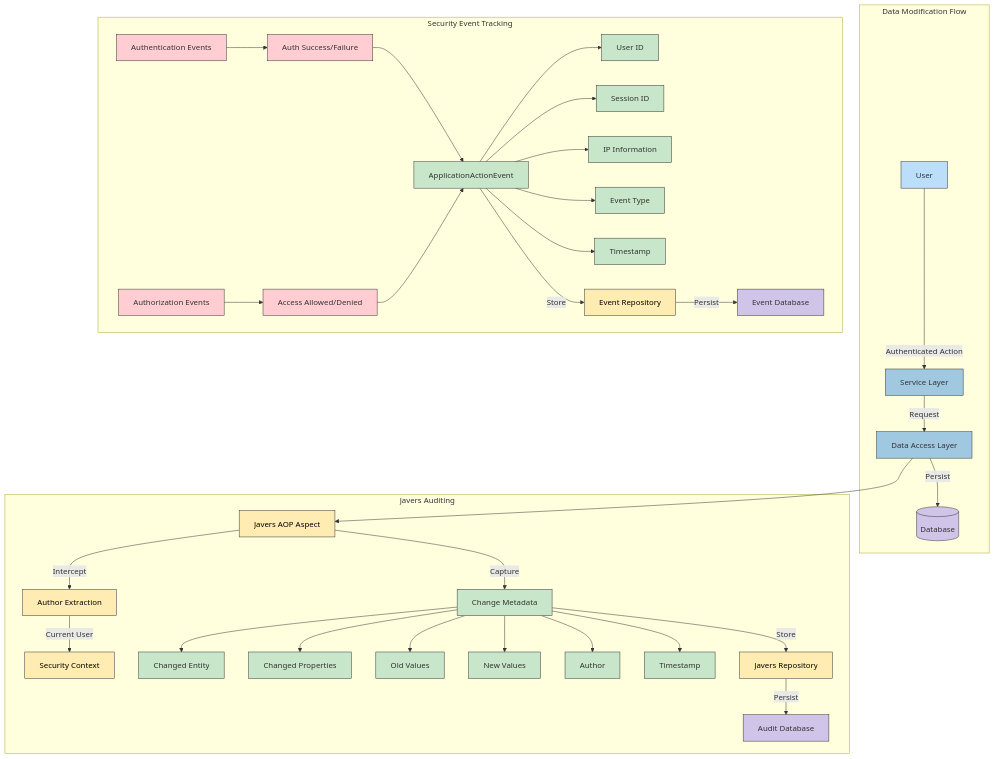
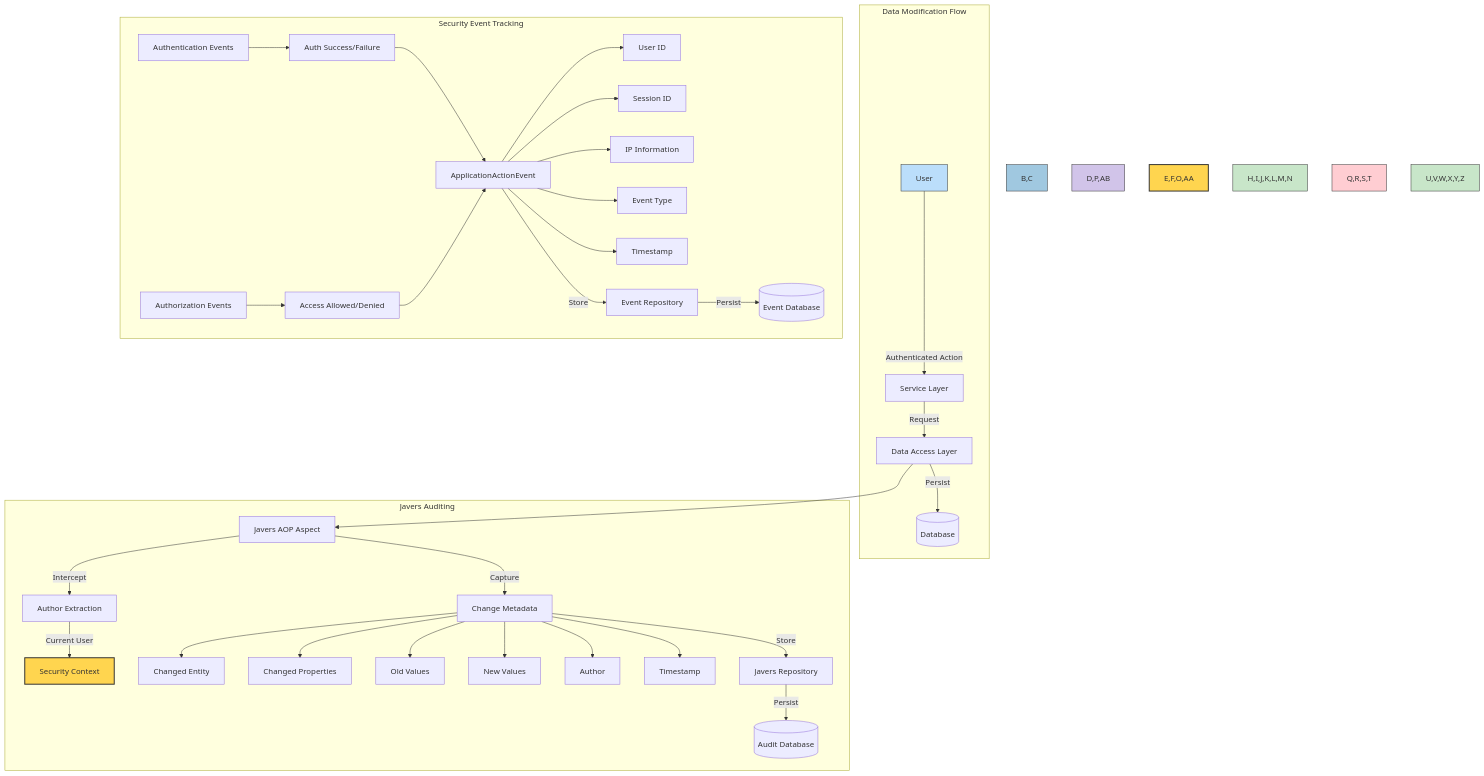
Before and after one commit to Hack23/cia: the second of 12 diagrams in SECURITY_ARCHITECTURE.md, drawn with Mermaid. The commit also changed other lines of this file, not shown here.

````diff
--- a/SECURITY_ARCHITECTURE.md
+++ b/SECURITY_ARCHITECTURE.md
@@ -94,54 +124,49 @@
 ```mermaid
 flowchart TD
-    classDef user fill:#bbdefb,stroke:#333,stroke-width:1px
-    classDef service fill:#a0c8e0,stroke:#333,stroke-width:1px
-    classDef database fill:#d1c4e9,stroke:#333,stroke-width:1px
-    classDef audit fill:#ffecb3,stroke:#333,stroke-width:1px,color:black
-    classDef event fill:#ffcdd2,stroke:#333,stroke-width:1px
-    classDef data fill:#c8e6c9,stroke:#333,stroke-width:1px
-    
     subgraph "Data Modification Flow"
         A[User] -->|Authenticated Action| B[Service Layer]
         B -->|Request| C[Data Access Layer]
         C -->|Persist| D[(Database)]
     end
     
     subgraph "Javers Auditing"
         C --> E[Javers AOP Aspect]
         E -->|Intercept| F[Author Extraction]
         F -->|Current User| G[Security Context]
         
         E -->|Capture| H[Change Metadata]
         H --> I[Changed Entity]
         H --> J[Changed Properties]
         H --> K[Old Values]
         H --> L[New Values]
         H --> M[Author]
         H --> N[Timestamp]
         
         H -->|Store| O[Javers Repository]
-        O -->|Persist| P[Audit Database]
+        O -->|Persist| P[(Audit Database)]
     end
     
     subgraph "Security Event Tracking"
         Q[Authentication Events] --> R[Auth Success/Failure]
         S[Authorization Events] --> T[Access Allowed/Denied]
         
         R & T --> U[ApplicationActionEvent]
         U --> V[User ID]
         U --> W[Session ID]
         U --> X[IP Information]
         U --> Y[Event Type]
         U --> Z[Timestamp]
         
         U -->|Store| AA[Event Repository]
-        AA -->|Persist| AB[Event Database]
+        AA -->|Persist| AB[(Event Database)]
     end
     
-    class A user
-    class B,C service
-    class D,P,AB database
-    class E,F,O,AA,G audit
-    class H,I,J,K,L,M,N,U,V,W,X,Y,Z data
-    class Q,R,S,T event
+    style A fill:#bbdefb,stroke:#333,stroke-width:1px
+    style B,C fill:#a0c8e0,stroke:#333,stroke-width:1px
+    style D,P,AB fill:#d1c4e9,stroke:#333,stroke-width:1px
+    style E,F,O,AA fill:#ffd54f,stroke:#333,stroke-width:2px
+    style G fill:#ffd54f,stroke:#333,stroke-width:2px
+    style H,I,J,K,L,M,N fill:#c8e6c9,stroke:#333,stroke-width:1px
+    style Q,R,S,T fill:#ffcdd2,stroke:#333,stroke-width:1px
+    style U,V,W,X,Y,Z fill:#c8e6c9,stroke:#333,stroke-width:1px
 ```
````
